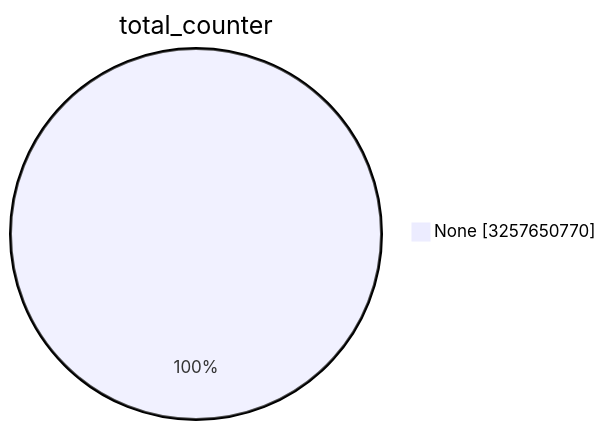
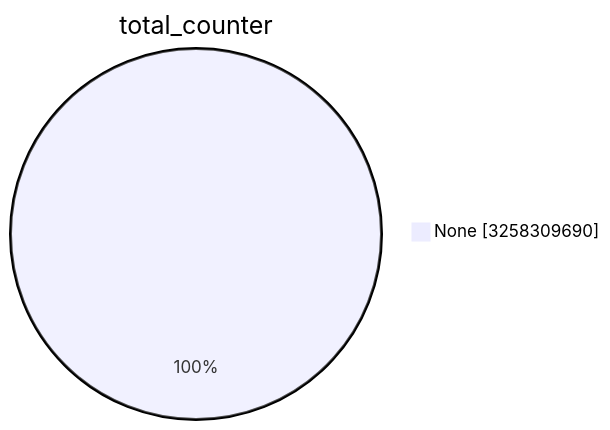
The first of 15 diagrams in TOTAL/README.md (christiankrug/ctmonitor_visualization), drawn with Mermaid before and after one commit. The commit also changed other lines of this file, not shown here.

````diff
--- a/TOTAL/README.md
+++ b/TOTAL/README.md
@@ -1,5 +1,5 @@
 ```mermaid
 pie showData
 title total_counter
-"None" :3257650770
+"None" :3258309690
 ```
````
